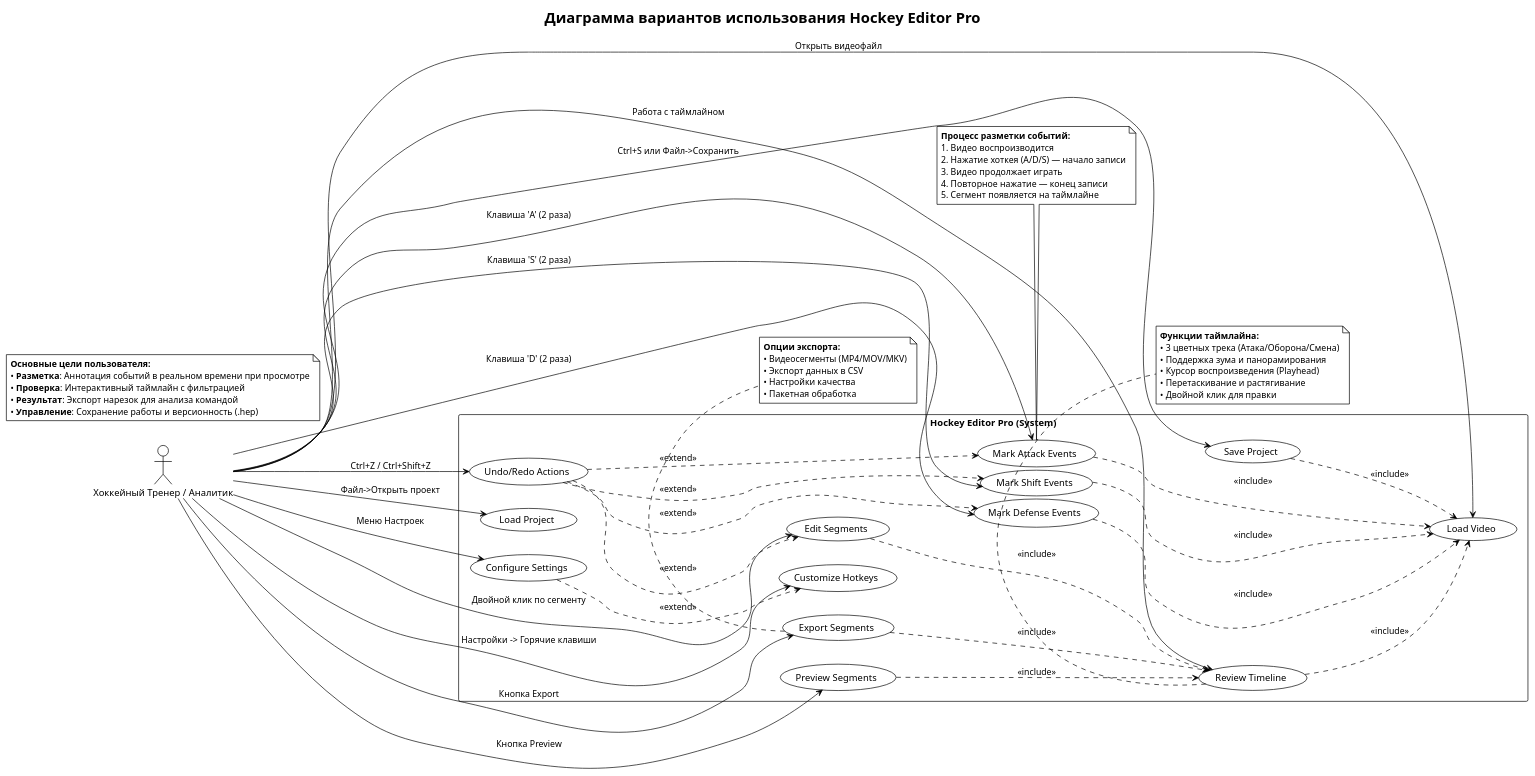
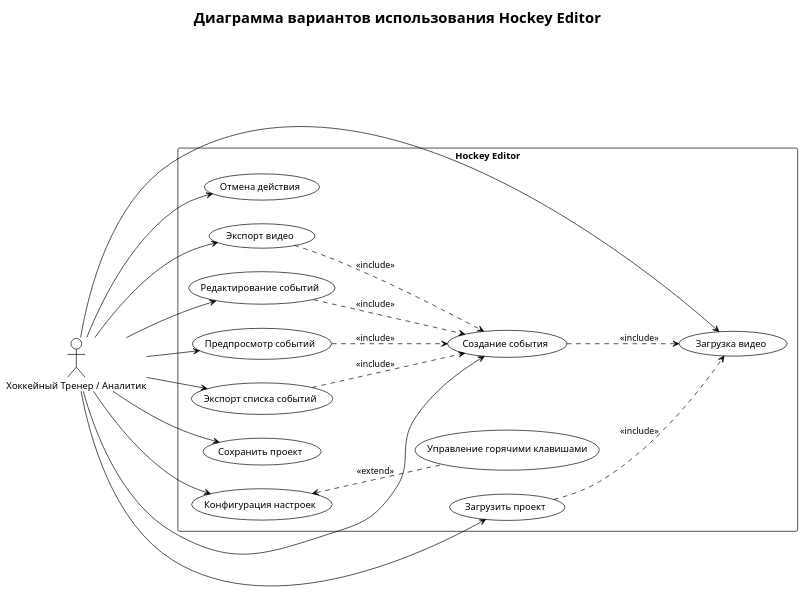
One commit to mijeha4/hockey_editor changed the diagram in docs/uml/use_case_diagram.puml. Above: the diagram before and after it, drawn with PlantUML. The commit also changed 2 other files, not shown here.

Commit message:
обновление диаграмм

```diff
--- a/docs/uml/use_case_diagram.puml
+++ b/docs/uml/use_case_diagram.puml
@@ -1,97 +1,51 @@
 @startuml Hockey Editor Use Case Diagram
 !theme plain
 left to right direction
-title Диаграмма вариантов использования Hockey Editor Pro
+title Диаграмма вариантов использования Hockey Editor
 
 actor "Хоккейный Тренер / Аналитик" as Coach
 
-rectangle "Hockey Editor Pro (System)" {
-    usecase "Load Video" as UC1
-    usecase "Mark Attack Events" as UC2
-    usecase "Mark Defense Events" as UC3
-    usecase "Mark Shift Events" as UC4
-    usecase "Review Timeline" as UC5
-    usecase "Edit Segments" as UC6
-    usecase "Preview Segments" as UC7
-    usecase "Export Segments" as UC8
-    usecase "Save Project" as UC9
-    usecase "Load Project" as UC10
-    usecase "Configure Settings" as UC11
-    usecase "Customize Hotkeys" as UC12
-    usecase "Undo/Redo Actions" as UC13
+rectangle "Hockey Editor" {
+    usecase "Загрузка видео" as UC1
+    usecase "Создание события" as UC2 
+    usecase "Редактирование событий" as UC6
+    usecase "Предпросмотр событий" as UC7
+    usecase "Экспорт списка событий" as UC8
+    usecase "Сохранить проект" as UC9
+    usecase "Загрузить проект" as UC10
+    usecase "Конфигурация настроек" as UC11
+    usecase "Управление горячими клавишами" as UC12
+    usecase "Отмена действия" as UC13
+    usecase "Экспорт видео" as UC14
 }
 
 ' ================== ПРЯМЫЕ ВЗАИМОДЕЙСТВИЯ ==================
-Coach --> UC1 : Открыть видеофайл
-Coach --> UC2 : Клавиша 'A' (2 раза)
-Coach --> UC3 : Клавиша 'D' (2 раза)
-Coach --> UC4 : Клавиша 'S' (2 раза)
-Coach --> UC5 : Работа с таймлайном
-Coach --> UC6 : Двойной клик по сегменту
-Coach --> UC7 : Кнопка Preview
-Coach --> UC8 : Кнопка Export
-Coach --> UC9 : Ctrl+S или Файл->Сохранить
-Coach --> UC10 : Файл->Открыть проект
-Coach --> UC11 : Меню Настроек
-Coach --> UC12 : Настройки -> Горячие клавиши
-Coach --> UC13 : Ctrl+Z / Ctrl+Shift+Z
+' Удалены комментарии к стрелкам
+Coach --> UC1
+Coach --> UC2
+Coach --> UC6
+Coach --> UC7
+Coach --> UC8
+Coach --> UC9
+Coach --> UC10
+Coach --> UC11
+Coach --> UC13
+Coach --> UC14
 
 ' ================== ОТНОШЕНИЯ INCLUDE (Обязательные) ==================
-' Чтобы разметить событие, видео должно быть загружено
+' Разметка требует загруженного видео
 UC2 ..> UC1 : <<include>>
-UC3 ..> UC1 : <<include>>
-UC4 ..> UC1 : <<include>>
-' Просмотр таймлайна требует загруженного видео
-UC5 ..> UC1 : <<include>>
-' Редактирование происходит на таймлайне
-UC6 ..> UC5 : <<include>>
-UC7 ..> UC5 : <<include>>
-UC8 ..> UC5 : <<include>>
-' Сохранение требует загруженного контента
-UC9 ..> UC1 : <<include>>
+
+UC6 ..> UC2 : <<include>>
+UC7 ..> UC2 : <<include>>
+UC14 ..> UC2 : <<include>>
+UC8 ..> UC2 : <<include>>
+
+UC10 ..> UC1 : <<include>>
 
 ' ================== ОТНОШЕНИЯ EXTEND (Опциональные) ==================
 ' Настройка горячих клавиш расширяет общие настройки
-UC11 ..> UC12 : <<extend>>
-' Отмена действия применима к созданию и редактированию
-UC13 ..> UC2 : <<extend>>
-UC13 ..> UC3 : <<extend>>
-UC13 ..> UC4 : <<extend>>
-UC13 ..> UC6 : <<extend>>
+UC11 <.. UC12 : <<extend>>
 
-' ================== ЗАМЕТКИ И ПОЯСНЕНИЯ ==================
-note bottom of UC2
-  **Процесс разметки событий:**
-  1. Видео воспроизводится
-  2. Нажатие хоткея (A/D/S) — начало записи
-  3. Видео продолжает играть
-  4. Повторное нажатие — конец записи
-  5. Сегмент появляется на таймлайне
-end note
-
-note bottom of UC5
-  **Функции таймлайна:**
-  • 3 цветных трека (Атака/Оборона/Смена)
-  • Поддержка зума и панорамирования
-  • Курсор воспроизведения (Playhead)
-  • Перетаскивание и растягивание
-  • Двойной клик для правки
-end note
-
-note bottom of UC8
-  **Опции экспорта:**
-  • Видеосегменты (MP4/MOV/MKV)
-  • Экспорт данных в CSV
-  • Настройки качества
-  • Пакетная обработка
-end note
-
-note as N1
-  **Основные цели пользователя:**
-  • **Разметка**: Аннотация событий в реальном времени при просмотре
-  • **Проверка**: Интерактивный таймлайн с фильтрацией
-  • **Результат**: Экспорт нарезок для анализа командой
-  • **Управление**: Сохранение работы и версионность (.hep)
-end note
 
 @enduml
```
